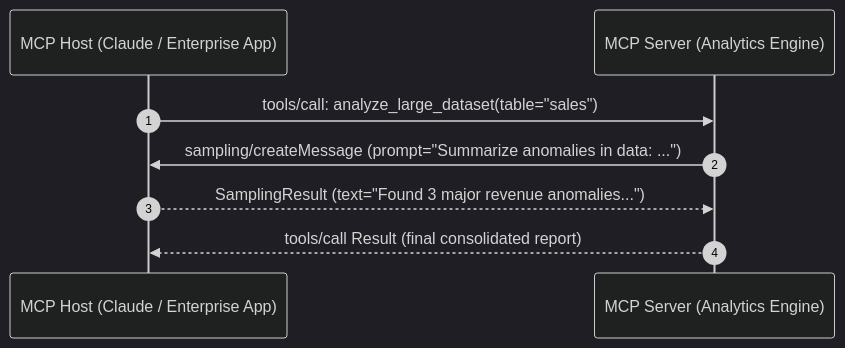
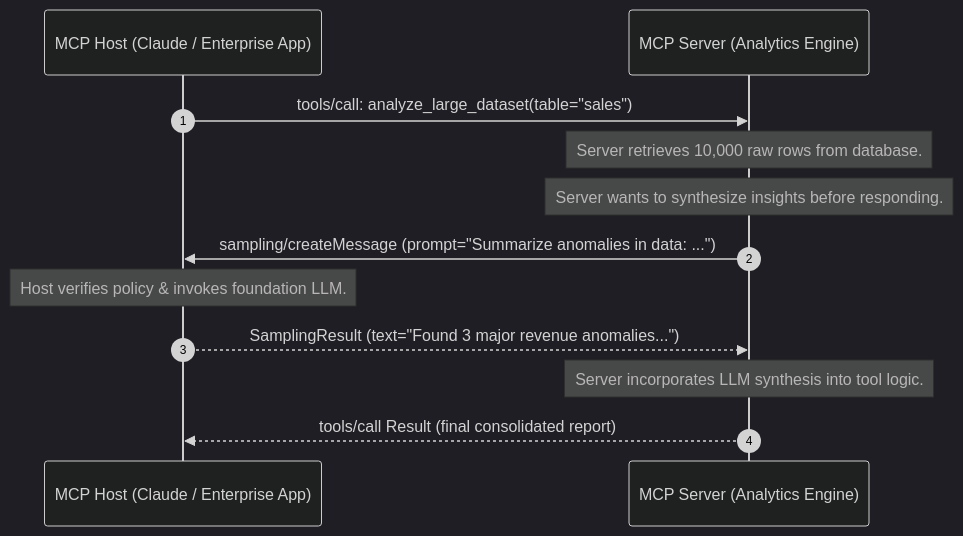
Before and after one commit to dip4k/senior-engineer-to-ai-engineer-roadmap: the ninth of 12 diagrams in 03-tools-and-model-context-protocol/README.md, drawn with Mermaid (dark theme). The commit also changed other lines of this file and 15 other files, not shown here.

Commit message:
Complete 2026 AI Engineer roadmap enhancements: Context Engineering master discipline, Agent Memory lab, reasoning models, EU AI Act governance guide, Top 15 beginner mistakes, and diagram sanity pass

````diff
--- a/03-tools-and-model-context-protocol/README.md
+++ b/03-tools-and-model-context-protocol/README.md
@@ -139,11 +438,15 @@
 ```mermaid
 sequenceDiagram
     autonumber
     participant Host as MCP Host (Claude / Enterprise App)
     participant Server as MCP Server (Analytics Engine)
 
     Host->>Server: tools/call: analyze_large_dataset(table="sales")
+    Note over Server: Server retrieves 10,000 raw rows from database.
+    Note over Server: Server wants to synthesize insights before responding.
     Server->>Host: sampling/createMessage (prompt="Summarize anomalies in data: ...")
+    Note over Host: Host verifies policy & invokes foundation LLM.
     Host-->>Server: SamplingResult (text="Found 3 major revenue anomalies...")
+    Note over Server: Server incorporates LLM synthesis into tool logic.
     Server-->>Host: tools/call Result (final consolidated report)
 ```
````
